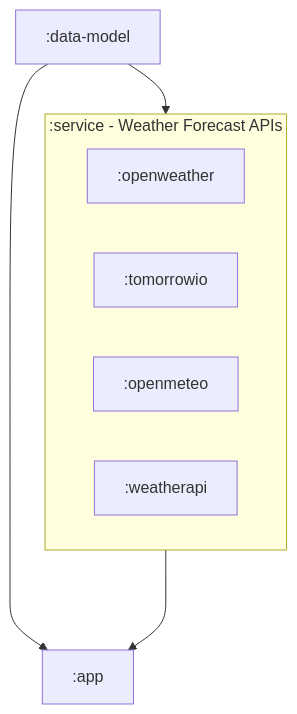
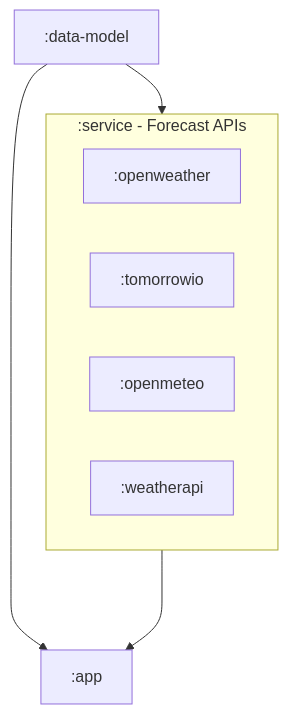
The diagram in README.md (hossain-khan/android-weather-alert), drawn with Mermaid before and after one commit.

````diff
--- a/README.md
+++ b/README.md
@@ -66,17 +66,17 @@
 ```mermaid
 flowchart TB
-    subgraph Service[:service - Weather Forecast APIs]
+    subgraph Service[:service - Forecast APIs]
         direction LR  'Layout within the subgraph
         Service_OW[:openweather]
         Service_TI[:tomorrowio]
         Service_OM[:openmeteo]
         Service_WA[:weatherapi]
     end
 
     DTO[:data-model]
     App[:app]
 
     DTO --> Service
     DTO ---> App
     Service ---> App
 ```
````
